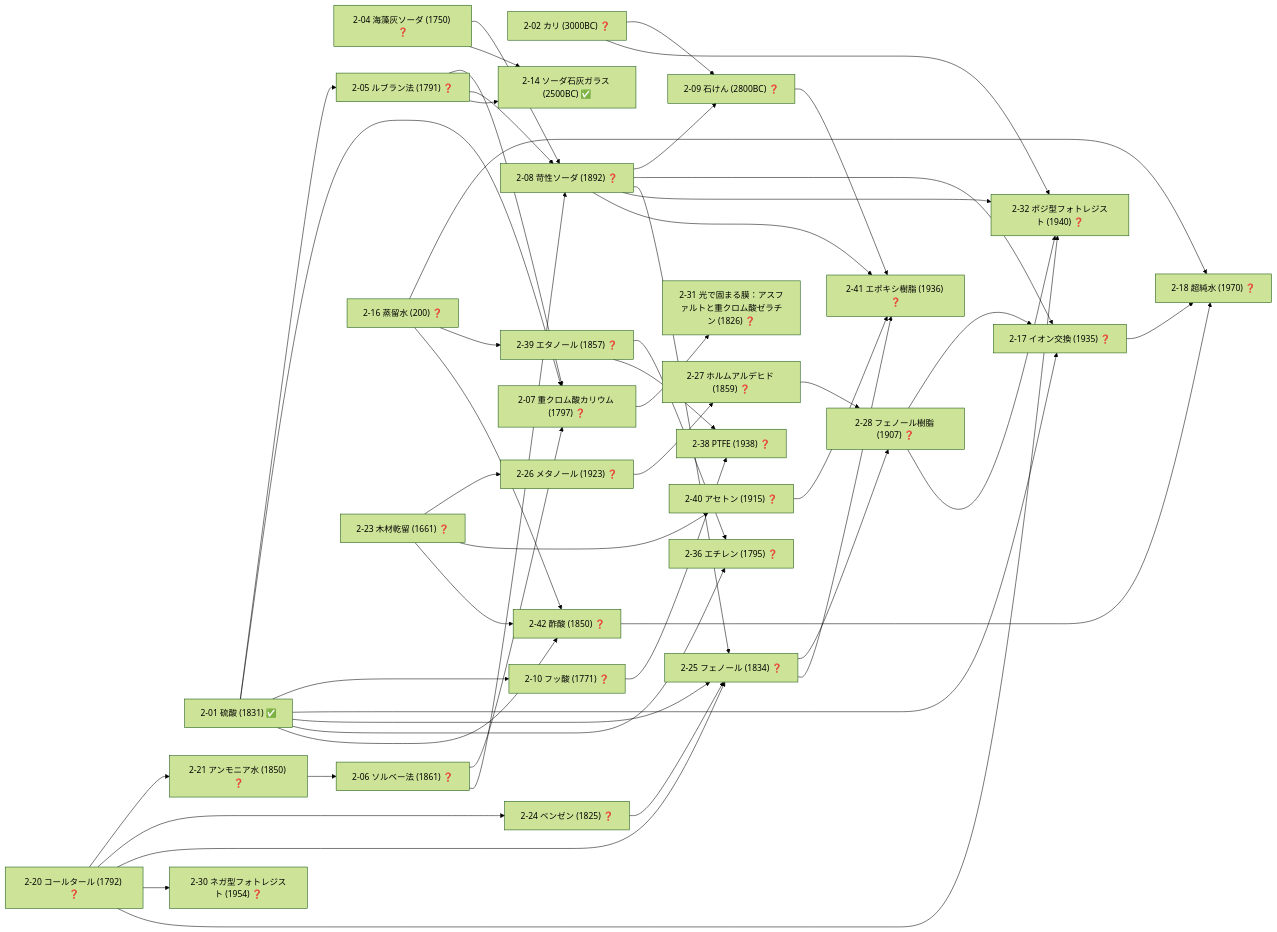
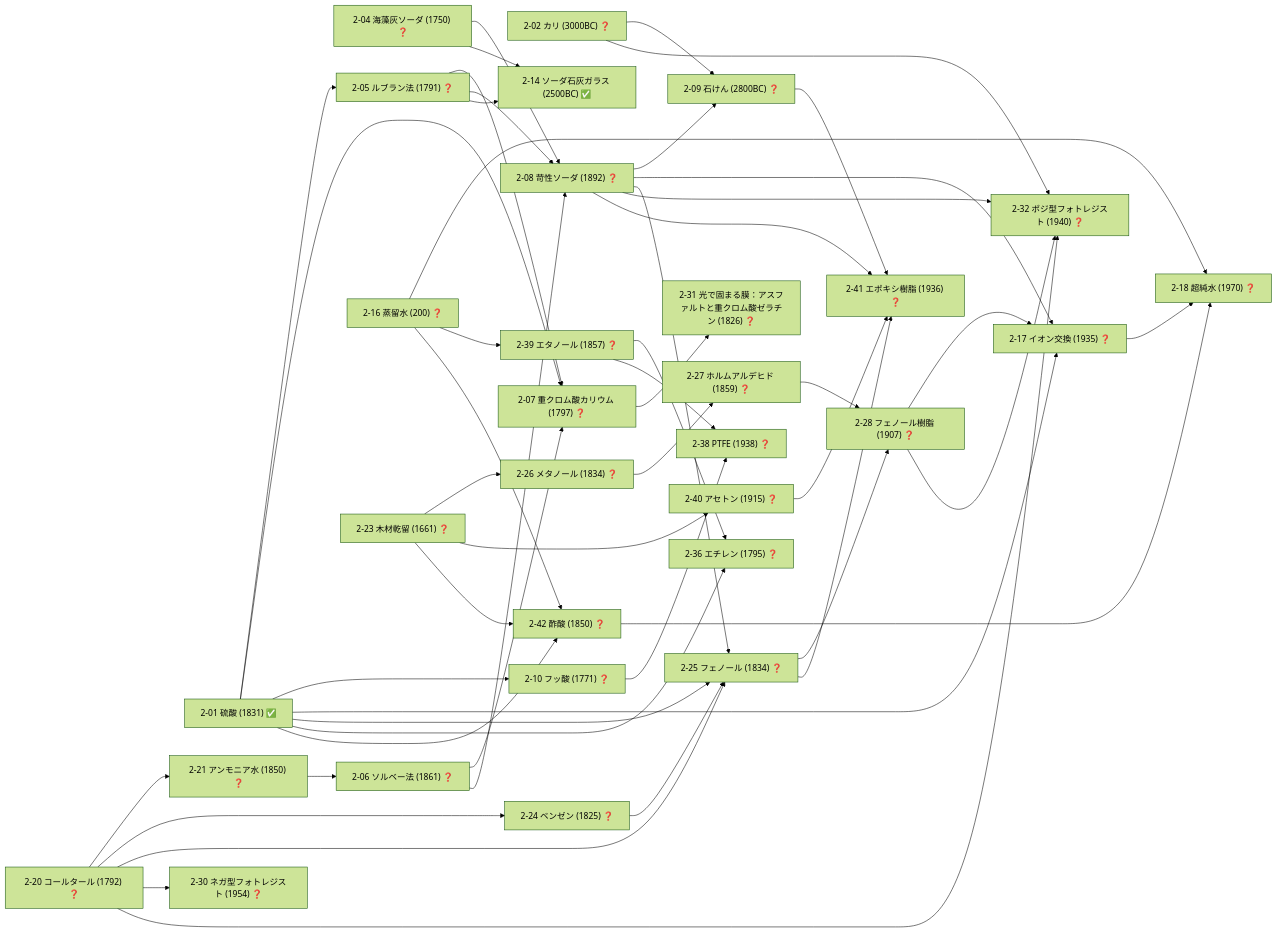
Before and after one commit to taku3i0317-collab/semiconductor-lab: the fifth of 19 diagrams in docs/TECH_TREE_VIEW.md, drawn with Mermaid (forest theme). The commit also changed other lines of this file and 7 other files, not shown here.

````diff
--- a/docs/TECH_TREE_VIEW.md
+++ b/docs/TECH_TREE_VIEW.md
@@ -234,81 +235,81 @@
 ```mermaid
 graph LR
   n2_01["2-01 硫酸 (1831) ✅"]
   n2_02["2-02 カリ (3000BC) ❓"]
   n2_04["2-04 海藻灰ソーダ (1750) ❓"]
   n2_05["2-05 ルブラン法 (1791) ❓"]
   n2_06["2-06 ソルベー法 (1861) ❓"]
   n2_07["2-07 重クロム酸カリウム (1797) ❓"]
   n2_08["2-08 苛性ソーダ (1892) ❓"]
   n2_09["2-09 石けん (2800BC) ❓"]
   n2_10["2-10 フッ酸 (1771) ❓"]
   n2_14["2-14 ソーダ石灰ガラス (2500BC) ✅"]
   n2_16["2-16 蒸留水 (200) ❓"]
   n2_17["2-17 イオン交換 (1935) ❓"]
   n2_18["2-18 超純水 (1970) ❓"]
   n2_20["2-20 コールタール (1792) ❓"]
   n2_21["2-21 アンモニア水 (1850) ❓"]
   n2_23["2-23 木材乾留 (1661) ❓"]
   n2_24["2-24 ベンゼン (1825) ❓"]
   n2_25["2-25 フェノール (1834) ❓"]
-  n2_26["2-26 メタノール (1923) ❓"]
+  n2_26["2-26 メタノール (1834) ❓"]
   n2_27["2-27 ホルムアルデヒド (1859) ❓"]
   n2_28["2-28 フェノール樹脂 (1907) ❓"]
   n2_30["2-30 ネガ型フォトレジスト (1954) ❓"]
   n2_31["2-31 光で固まる膜：アスファルトと重クロム酸ゼラチン (1826) ❓"]
   n2_32["2-32 ポジ型フォトレジスト (1940) ❓"]
   n2_36["2-36 エチレン (1795) ❓"]
   n2_38["2-38 PTFE (1938) ❓"]
   n2_39["2-39 エタノール (1857) ❓"]
   n2_40["2-40 アセトン (1915) ❓"]
   n2_41["2-41 エポキシ樹脂 (1936) ❓"]
   n2_42["2-42 酢酸 (1850) ❓"]
   n2_01-->n2_05
   n2_21-->n2_06
   n2_01-->n2_07
   n2_05-->n2_07
   n2_06-->n2_07
   n2_04-->n2_08
   n2_05-->n2_08
   n2_06-->n2_08
   n2_02-->n2_09
   n2_08-->n2_09
   n2_01-->n2_10
   n2_04-->n2_14
   n2_05-->n2_14
   n2_01-->n2_17
   n2_08-->n2_17
   n2_28-->n2_17
   n2_16-->n2_18
   n2_17-->n2_18
   n2_42-->n2_18
   n2_20-->n2_21
   n2_20-->n2_24
   n2_01-->n2_25
   n2_08-->n2_25
   n2_20-->n2_25
   n2_24-->n2_25
   n2_23-->n2_26
   n2_26-->n2_27
   n2_25-->n2_28
   n2_27-->n2_28
   n2_20-->n2_30
   n2_07-->n2_31
   n2_02-->n2_32
   n2_08-->n2_32
   n2_20-->n2_32
   n2_28-->n2_32
   n2_01-->n2_36
   n2_39-->n2_36
   n2_10-->n2_38
   n2_39-->n2_38
   n2_16-->n2_39
   n2_23-->n2_40
   n2_08-->n2_41
   n2_09-->n2_41
   n2_25-->n2_41
   n2_40-->n2_41
   n2_01-->n2_42
   n2_16-->n2_42
   n2_23-->n2_42
 ```
````
